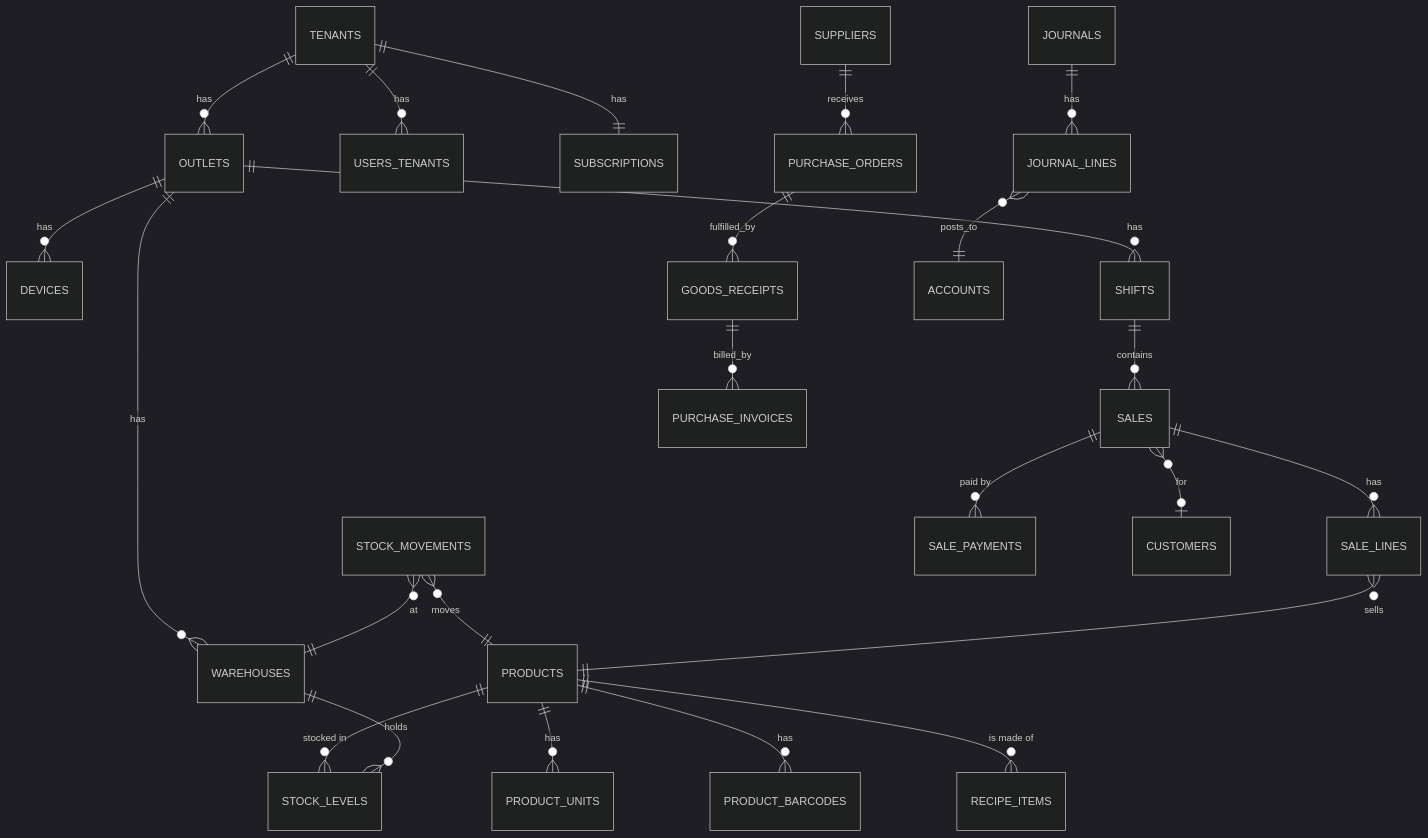
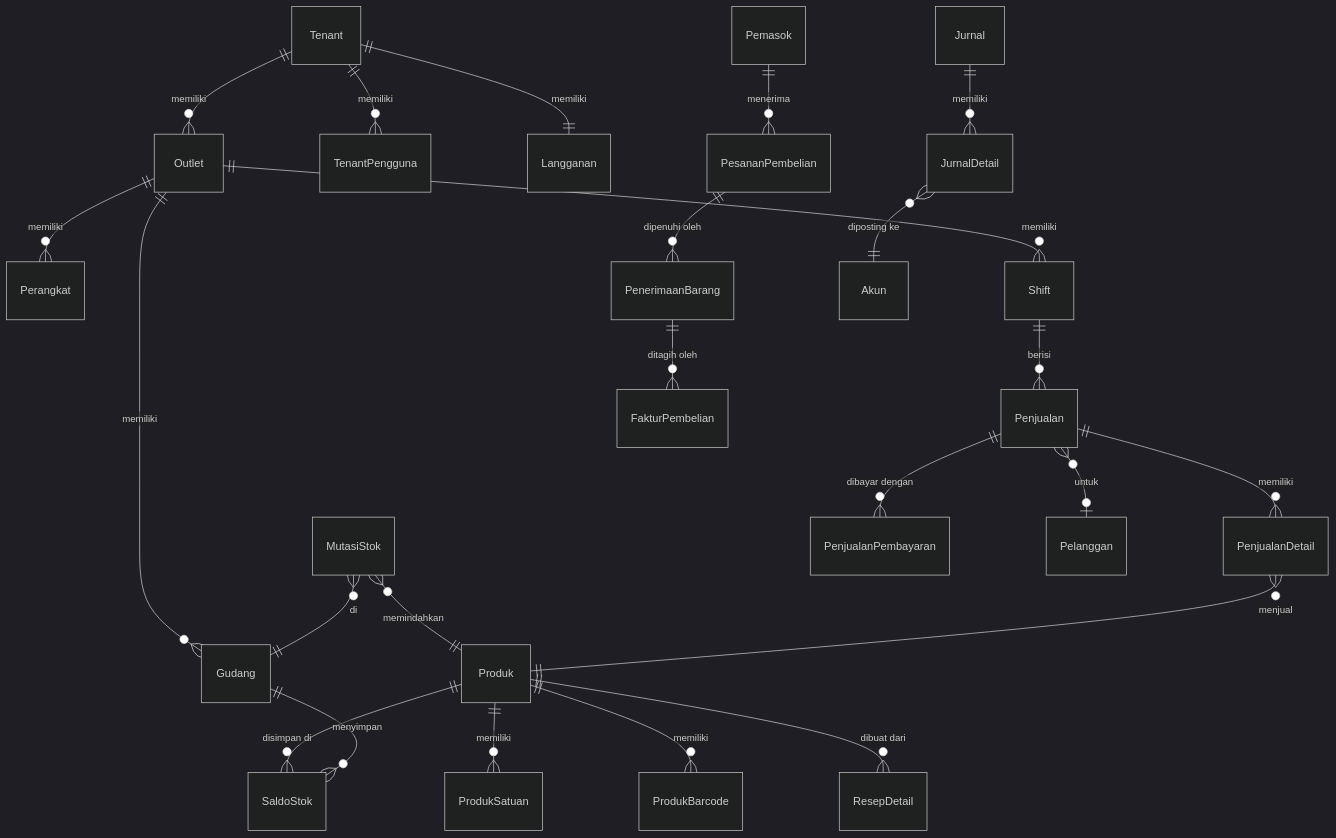
The sixth of 9 diagrams in PRD.md (ahmad-affandi08/POS-SAAS), drawn with Mermaid (dark theme) before and after one commit. The commit also changed other lines of this file, not shown here.

````diff
--- a/PRD.md
+++ b/PRD.md
@@ -1668,26 +1855,26 @@
 ```mermaid
 erDiagram
-    TENANTS ||--o{ OUTLETS : has
-    TENANTS ||--o{ USERS_TENANTS : has
-    TENANTS ||--|| SUBSCRIPTIONS : has
-    OUTLETS ||--o{ WAREHOUSES : has
-    OUTLETS ||--o{ DEVICES : has
-    OUTLETS ||--o{ SHIFTS : has
-    PRODUCTS ||--o{ PRODUCT_UNITS : has
-    PRODUCTS ||--o{ PRODUCT_BARCODES : has
-    PRODUCTS ||--o{ RECIPE_ITEMS : "is made of"
-    PRODUCTS ||--o{ STOCK_LEVELS : "stocked in"
-    WAREHOUSES ||--o{ STOCK_LEVELS : holds
-    STOCK_MOVEMENTS }o--|| PRODUCTS : moves
-    STOCK_MOVEMENTS }o--|| WAREHOUSES : at
-    SHIFTS ||--o{ SALES : contains
-    SALES ||--o{ SALE_LINES : has
-    SALES ||--o{ SALE_PAYMENTS : "paid by"
-    SALES }o--o| CUSTOMERS : for
-    SALE_LINES }o--|| PRODUCTS : sells
-    SUPPLIERS ||--o{ PURCHASE_ORDERS : receives
-    PURCHASE_ORDERS ||--o{ GOODS_RECEIPTS : fulfilled_by
-    GOODS_RECEIPTS ||--o{ PURCHASE_INVOICES : billed_by
-    JOURNALS ||--o{ JOURNAL_LINES : has
-    JOURNAL_LINES }o--|| ACCOUNTS : posts_to
+    Tenant ||--o{ Outlet : memiliki
+    Tenant ||--o{ TenantPengguna : memiliki
+    Tenant ||--|| Langganan : memiliki
+    Outlet ||--o{ Gudang : memiliki
+    Outlet ||--o{ Perangkat : memiliki
+    Outlet ||--o{ Shift : memiliki
+    Produk ||--o{ ProdukSatuan : memiliki
+    Produk ||--o{ ProdukBarcode : memiliki
+    Produk ||--o{ ResepDetail : "dibuat dari"
+    Produk ||--o{ SaldoStok : "disimpan di"
+    Gudang ||--o{ SaldoStok : menyimpan
+    MutasiStok }o--|| Produk : memindahkan
+    MutasiStok }o--|| Gudang : di
+    Shift ||--o{ Penjualan : berisi
+    Penjualan ||--o{ PenjualanDetail : memiliki
+    Penjualan ||--o{ PenjualanPembayaran : "dibayar dengan"
+    Penjualan }o--o| Pelanggan : untuk
+    PenjualanDetail }o--|| Produk : menjual
+    Pemasok ||--o{ PesananPembelian : menerima
+    PesananPembelian ||--o{ PenerimaanBarang : "dipenuhi oleh"
+    PenerimaanBarang ||--o{ FakturPembelian : "ditagih oleh"
+    Jurnal ||--o{ JurnalDetail : memiliki
+    JurnalDetail }o--|| Akun : "diposting ke"
 ```
````
